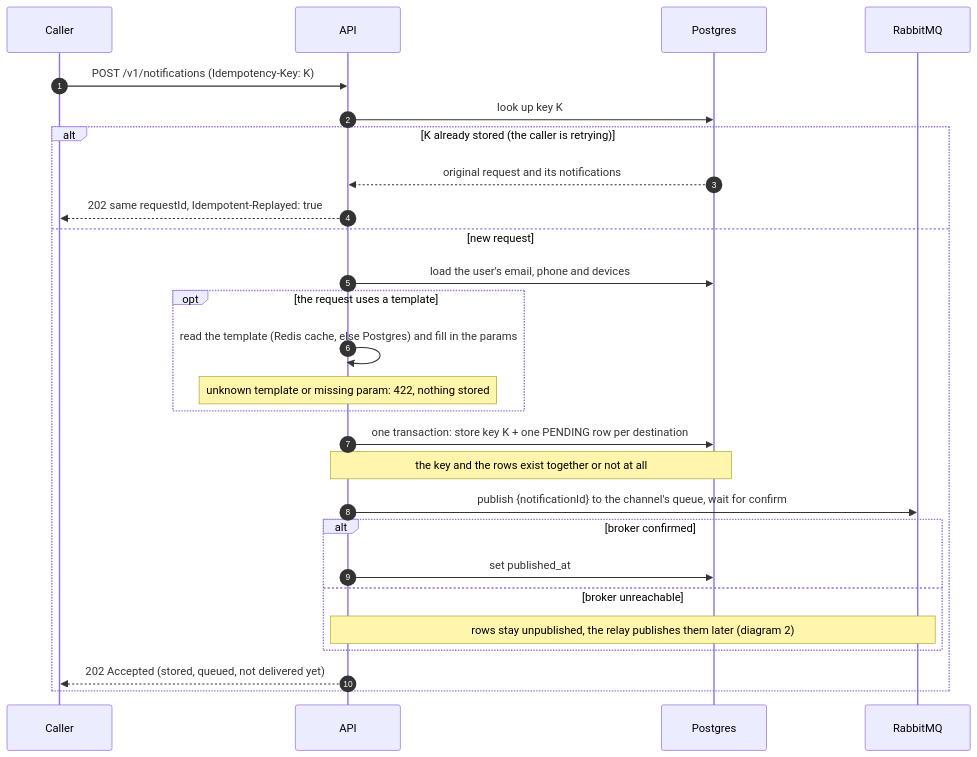
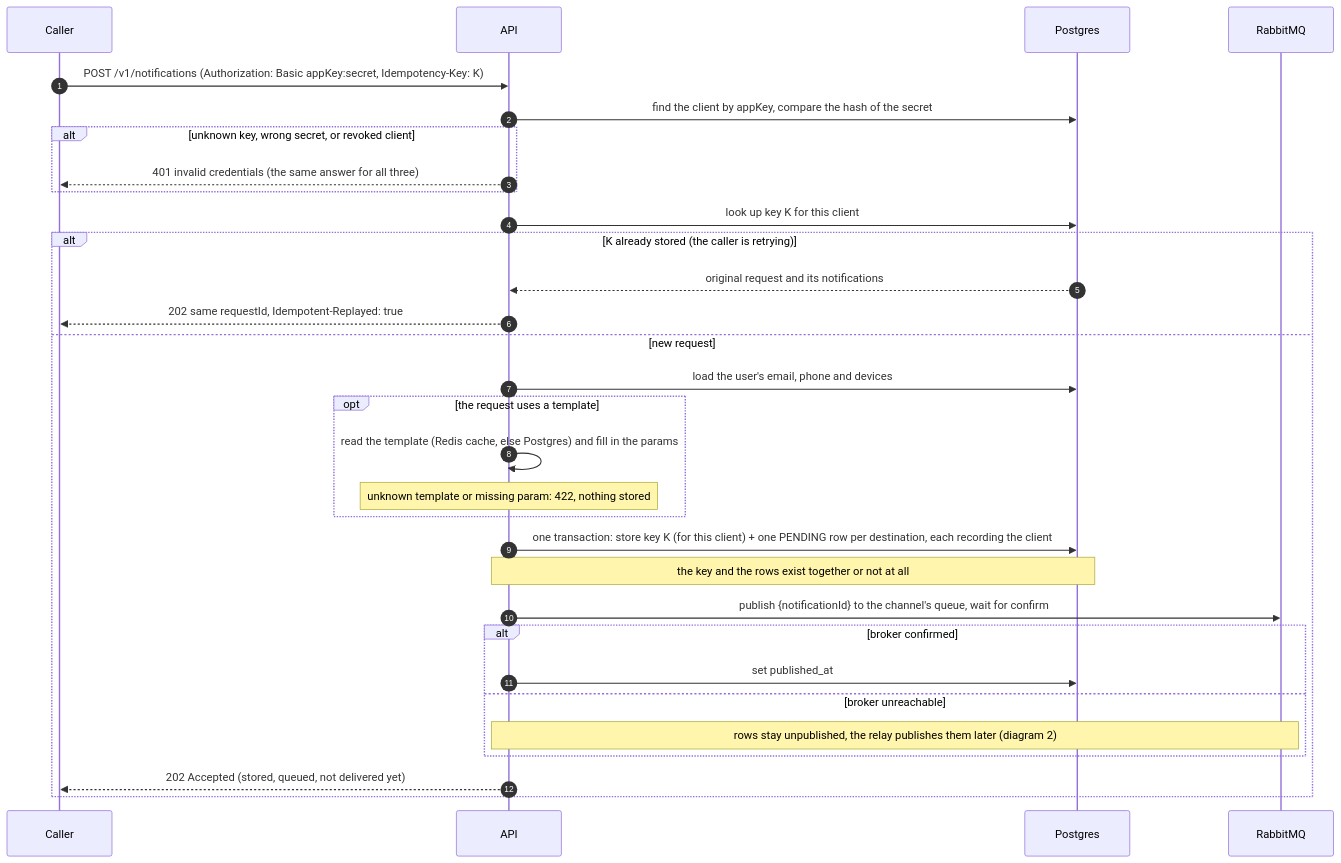
One commit to flerner/notification-system changed the first of 8 diagrams in notification-system/docs/FLOWS.md. Above: the diagram before and after it, drawn with Mermaid. The commit also changed 24 other files, not shown here.

First line of the commit message:
feat: enhance notification system with client-specific idempotency and authentication

````diff
--- a/notification-system/docs/FLOWS.md
+++ b/notification-system/docs/FLOWS.md
@@ -13,30 +13,34 @@
 ```mermaid
 sequenceDiagram
     autonumber
     participant C as Caller
     participant A as API
     participant DB as Postgres
     participant MQ as RabbitMQ
 
-    C->>A: POST /v1/notifications (Idempotency-Key: K)
-    A->>DB: look up key K
+    C->>A: POST /v1/notifications (Authorization: Basic appKey:secret, Idempotency-Key: K)
+    A->>DB: find the client by appKey, compare the hash of the secret
+    alt unknown key, wrong secret, or revoked client
+        A-->>C: 401 invalid credentials (the same answer for all three)
+    end
+    A->>DB: look up key K for this client
     alt K already stored (the caller is retrying)
         DB-->>A: original request and its notifications
         A-->>C: 202 same requestId, Idempotent-Replayed: true
     else new request
         A->>DB: load the user's email, phone and devices
         opt the request uses a template
             A->>A: read the template (Redis cache, else Postgres) and fill in the params
             Note over A: unknown template or missing param: 422, nothing stored
         end
-        A->>DB: one transaction: store key K + one PENDING row per destination
+        A->>DB: one transaction: store key K (for this client) + one PENDING row per destination, each recording the client
         Note over A,DB: the key and the rows exist together or not at all
         A->>MQ: publish {notificationId} to the channel's queue, wait for confirm
         alt broker confirmed
             A->>DB: set published_at
         else broker unreachable
             Note over A,MQ: rows stay unpublished, the relay publishes them later (diagram 2)
         end
         A-->>C: 202 Accepted (stored, queued, not delivered yet)
     end
 ```
````
